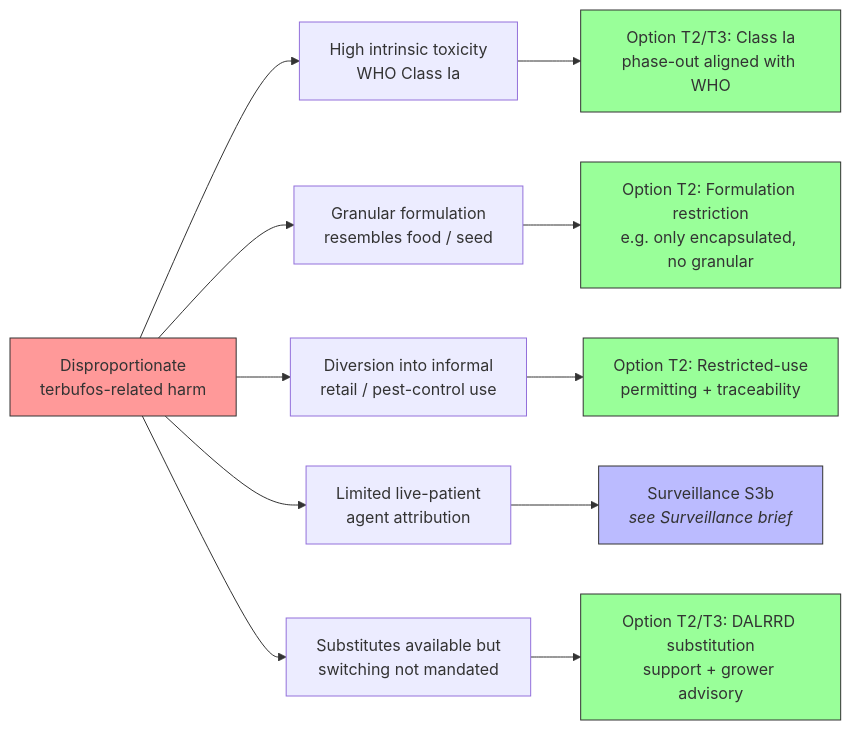
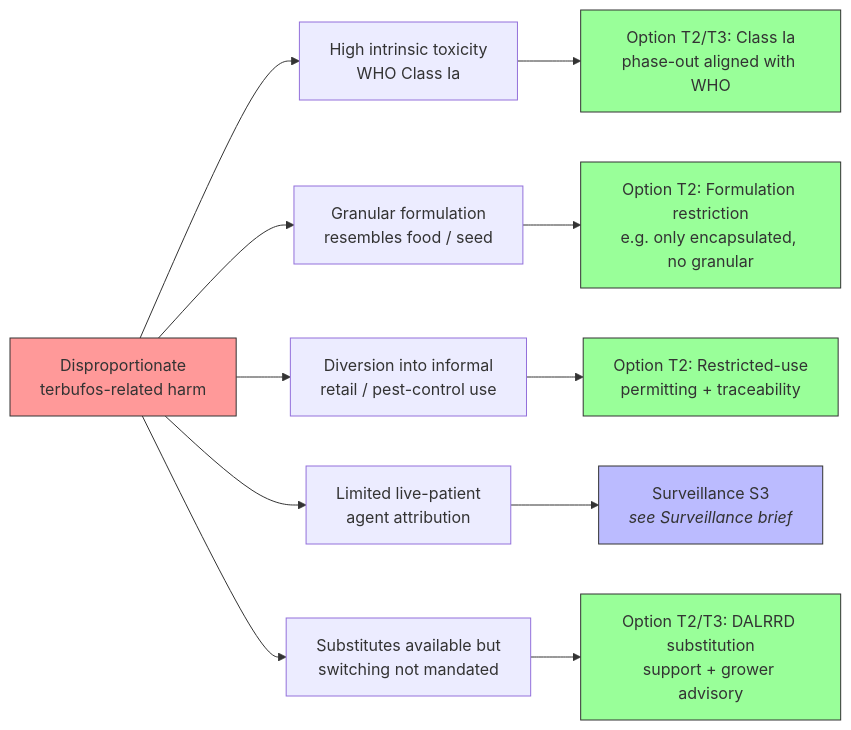
One commit to bridaybrummer/D2P_project changed the first of 2 diagrams in posts/terbufos_policy.qmd. Above: the diagram before and after it, drawn with Mermaid. The commit also changed other lines of this file and 7 other files, not shown here.

````diff
--- a/posts/terbufos_policy.qmd
+++ b/posts/terbufos_policy.qmd
@@ -94,23 +94,23 @@
 ```{mermaid}
 %%| label: fig-terb-fishbone
 %%| fig-cap: "Root causes that make terbufos a disproportionate public-health hazard in South Africa."
 flowchart LR
     A[Disproportionate<br/>terbufos-related harm] --> R1[High intrinsic toxicity<br/>WHO Class Ia]
     A --> R2[Granular formulation<br/>resembles food / seed]
     A --> R3[Diversion into informal<br/>retail / pest-control use]
     A --> R4[Limited live-patient<br/>agent attribution]
     A --> R5[Substitutes available but<br/>switching not mandated]
 
     R1 --> O1[Option T2/T3: Class Ia<br/>phase-out aligned with WHO]
     R2 --> O2[Option T2: Formulation restriction<br/>e.g. only encapsulated, no granular]
     R3 --> O3[Option T2: Restricted-use<br/>permitting + traceability]
-    R4 --> O4[Surveillance S3b<br/><i>see Surveillance brief</i>]
+    R4 --> O4[Surveillance S3<br/><i>see Surveillance brief</i>]
     R5 --> O5[Option T2/T3: DALRRD substitution<br/>support + grower advisory]
 
     style A fill:#f99,stroke:#333
     style O1 fill:#9f9,stroke:#333
     style O2 fill:#9f9,stroke:#333
     style O3 fill:#9f9,stroke:#333
     style O4 fill:#bbf,stroke:#333
     style O5 fill:#9f9,stroke:#333
 ```
````
